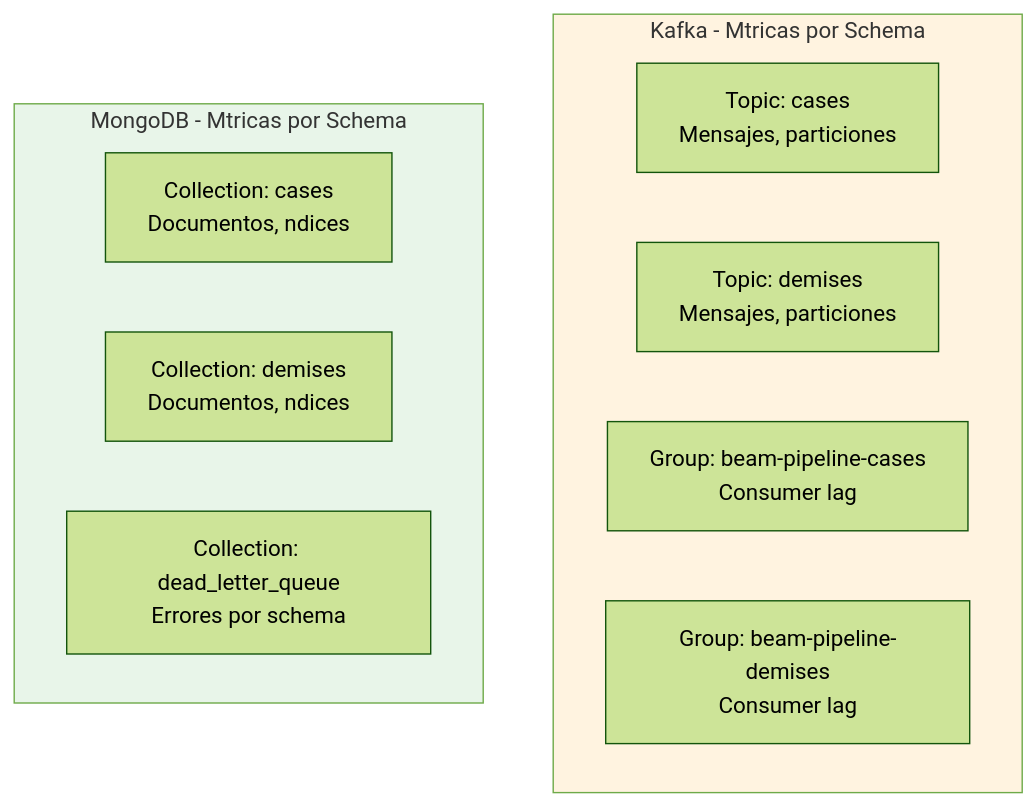
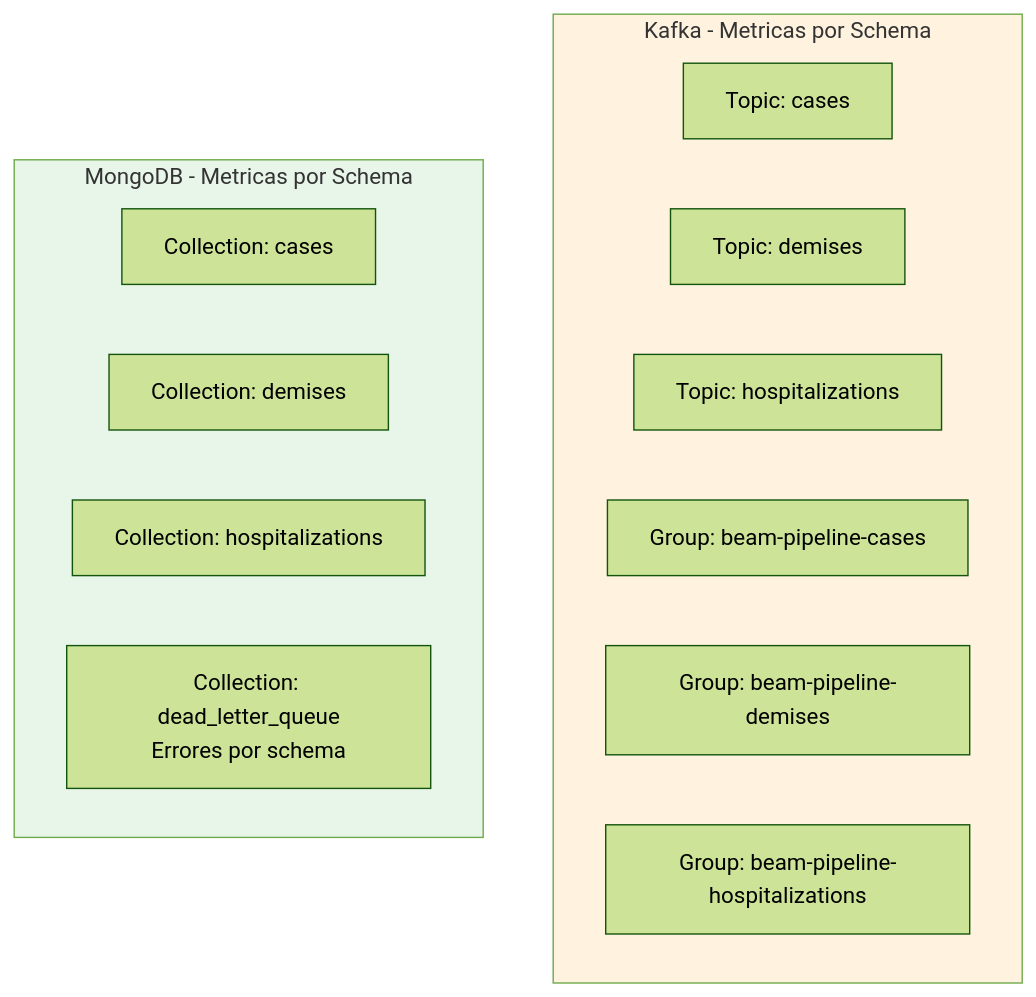
Before and after one commit to arthur8davis/tfm-dataflow-architecture: diagram 11 of 12 in ARCHITECTURE.md, drawn with Mermaid (forest theme). The commit also changed other lines of this file and 9 other files, not shown here.

````diff
--- a/ARCHITECTURE.md
+++ b/ARCHITECTURE.md
@@ -397,18 +444,21 @@
 ```mermaid
 flowchart TB
-    subgraph KafkaMetrics["Kafka - Mtricas por Schema"]
-        KT1["Topic: cases\nMensajes, particiones"]
-        KT2["Topic: demises\nMensajes, particiones"]
-        KG1["Group: beam-pipeline-cases\nConsumer lag"]
-        KG2["Group: beam-pipeline-demises\nConsumer lag"]
+    subgraph KafkaMetrics["Kafka - Metricas por Schema"]
+        KT1["Topic: cases"]
+        KT2["Topic: demises"]
+        KT3["Topic: hospitalizations"]
+        KG1["Group: beam-pipeline-cases"]
+        KG2["Group: beam-pipeline-demises"]
+        KG3["Group: beam-pipeline-hospitalizations"]
     end
 
-    subgraph MongoMetrics["MongoDB - Mtricas por Schema"]
-        MC1["Collection: cases\nDocumentos, ndices"]
-        MC2["Collection: demises\nDocumentos, ndices"]
+    subgraph MongoMetrics["MongoDB - Metricas por Schema"]
+        MC1["Collection: cases"]
+        MC2["Collection: demises"]
+        MC3["Collection: hospitalizations"]
         MDLQ["Collection: dead_letter_queue\nErrores por schema"]
     end
 
     style KafkaMetrics fill:#fff3e0
     style MongoMetrics fill:#e8f5e9
 ```
````
